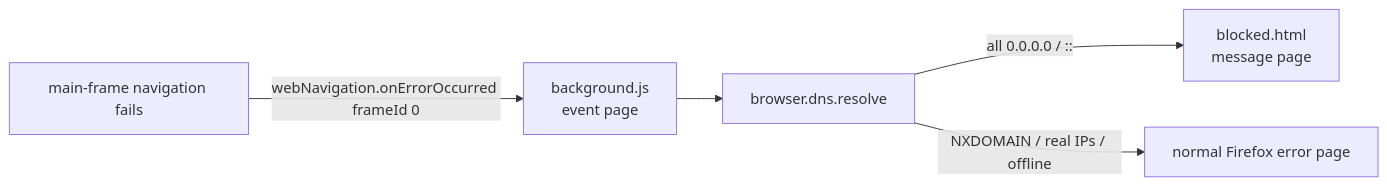
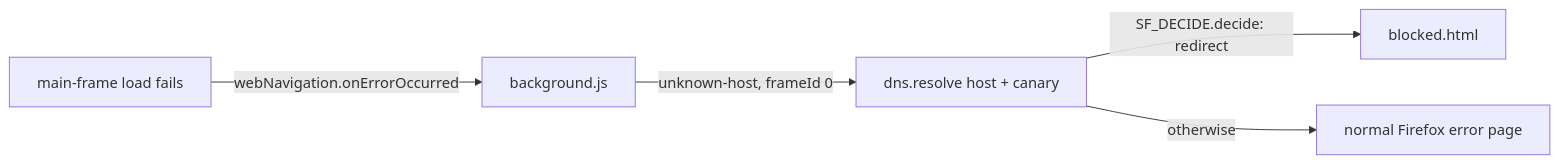
One commit to ZR0W/something-fishy-got-blocked-here changed the diagram in AGENTS.md. Above: the diagram before and after it, drawn with Mermaid. The commit also changed other lines of this file and 17 other files, not shown here.

First line of the commit message:
Build the extension: background, message page, options page, signing

````diff
--- a/AGENTS.md
+++ b/AGENTS.md
@@ -55,12 +65,12 @@
 ```mermaid
 flowchart LR
-  nav[main-frame navigation fails]
-  bg[background.js\nevent page]
-  dns[browser.dns.resolve]
-  page[blocked.html\nmessage page]
+  nav[main-frame load fails]
+  bg[background.js]
+  dns[dns.resolve host + canary]
+  page[blocked.html]
   ff[normal Firefox error page]
-  nav -- webNavigation.onErrorOccurred frameId 0 --> bg
-  bg --> dns
-  dns -- all 0.0.0.0 / :: --> page
-  dns -- NXDOMAIN / real IPs / offline --> ff
+  nav -- webNavigation.onErrorOccurred --> bg
+  bg -- unknown-host, frameId 0 --> dns
+  dns -- SF_DECIDE.decide: redirect --> page
+  dns -- otherwise --> ff
 ```
````
